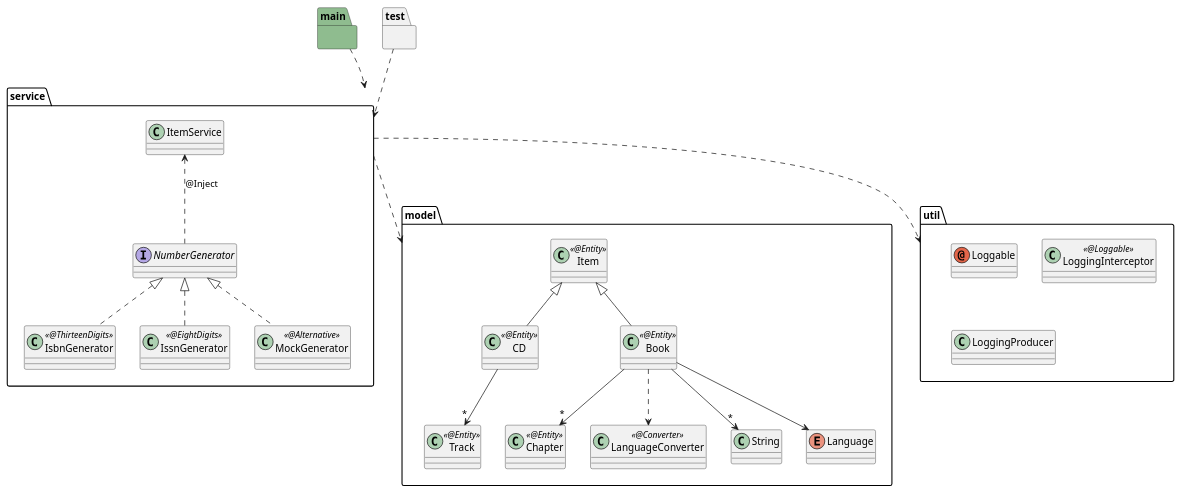
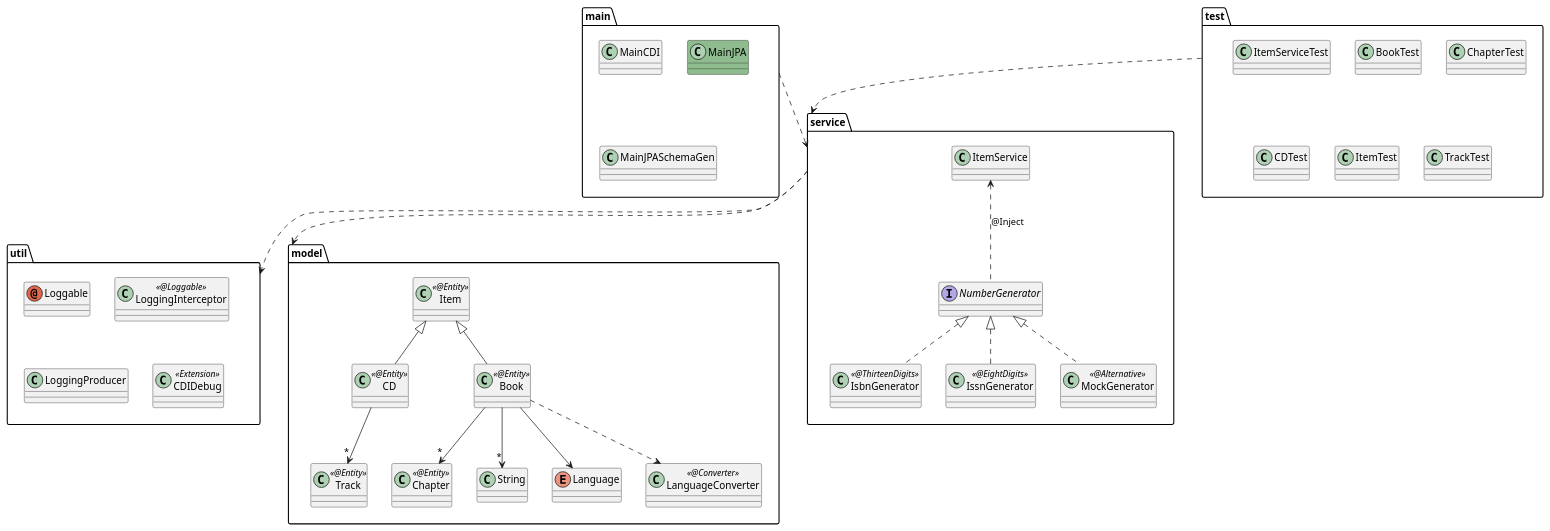
The diagram in 06-JPA/demo06.puml (agoncal/agoncal-training-javaee7), drawn with PlantUML before and after one commit. The commit also changed 16 other files, not shown here.

Commit message:
Updading UML schemas

```diff
--- a/06-JPA/demo06.puml
+++ b/06-JPA/demo06.puml
@@ -1,51 +1,61 @@
 @startuml
 
-package "main" #8FBC8F {
+package "main" {
+    class MainCDI
+    class MainJPA #8FBC8F
+    class MainJPASchemaGen
 }
 package "test" {
+    class ItemServiceTest
+    class BookTest
+    class ChapterTest
+    class CDTest 
+    class ItemTest
+    class TrackTest
 }
 
 package "service" {
     interface NumberGenerator
     class IsbnGenerator << @ThirteenDigits >>
     class IssnGenerator << @EightDigits >>
     class MockGenerator << @Alternative >>
     class ItemService
 
     ItemService <.. NumberGenerator : @Inject
     NumberGenerator <|.. IsbnGenerator
     NumberGenerator <|.. IssnGenerator
     NumberGenerator <|.. MockGenerator
 }
 
 package "model" {
     class Item << @Entity >>
     class CD << @Entity >>
     class Track << @Entity >>
     class Chapter << @Entity >>
-    class LanguageConverter << @Converter >>
     class Book << @Entity >>
     class String
     enum Language
+    class LanguageConverter << @Converter >>
 
     Item <|-- CD
     Item <|-- Book
     CD --> "*" Track
     Book --> "*" String
     Book --> "*" Chapter
     Book --> Language
     Book ..> LanguageConverter
 }
 
 package "util" {
     annotation Loggable
     class LoggingInterceptor << @Loggable >>
     class LoggingProducer
+    class CDIDebug << Extension >>
 }
 
 main ..> service
 test ..> service
 service ..> model
 service ..> util
 
 @enduml
```
